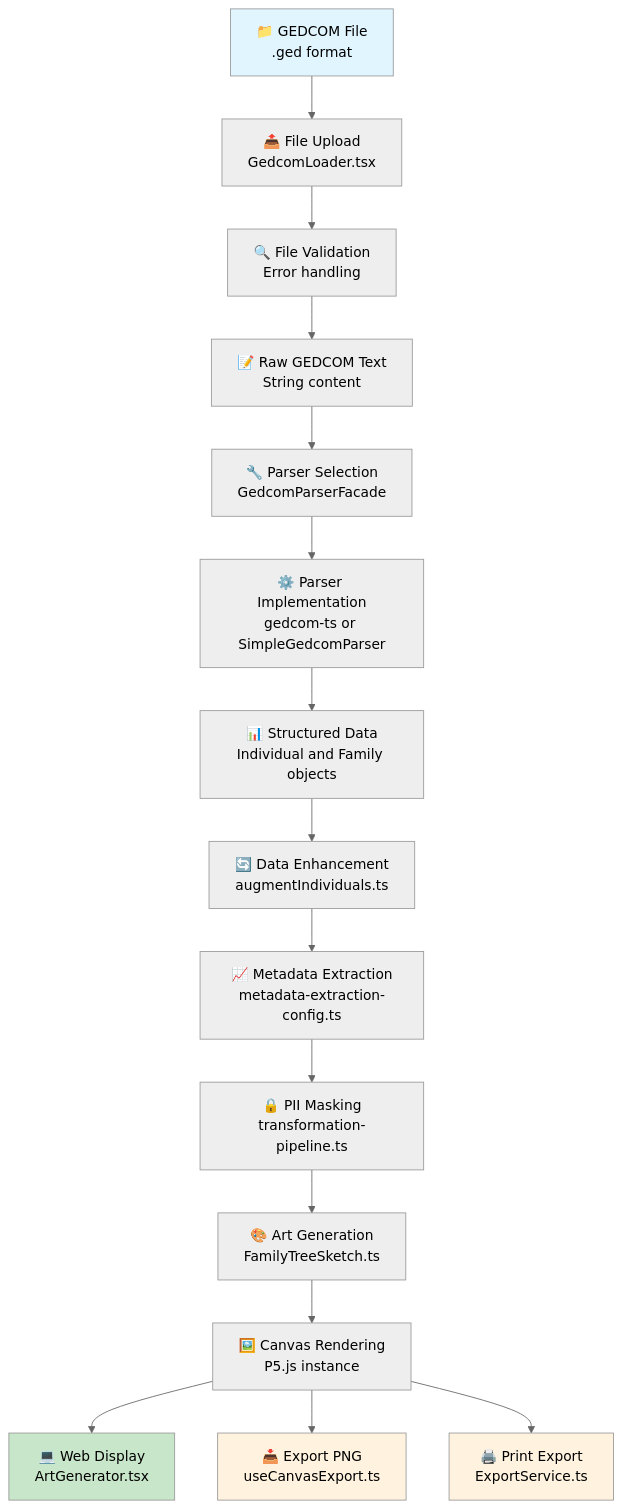
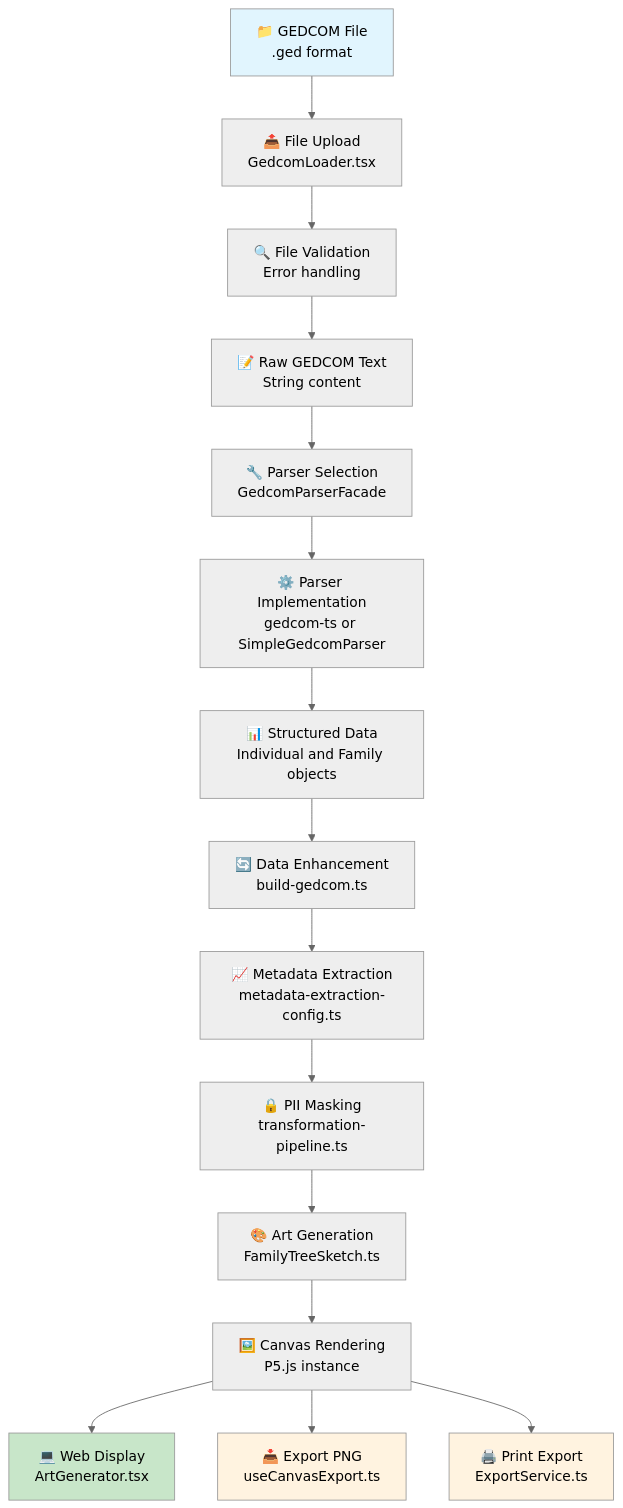
One commit to kevinmaes/generation-art changed the first of 3 diagrams in docs/data-flow-diagram.md. Above: the diagram before and after it, drawn with Mermaid (neutral theme). The commit also changed other lines of this file and 4 other files, not shown here.

Commit message:
Remove the old augmentIndividuals script

````diff
--- a/docs/data-flow-diagram.md
+++ b/docs/data-flow-diagram.md
@@ -9,22 +9,22 @@
 ```mermaid
 graph TD
     A["📁 GEDCOM File<br/>.ged format"] --> B["📤 File Upload<br/>GedcomLoader.tsx"]
     B --> C["🔍 File Validation<br/>Error handling"]
     C --> D["📝 Raw GEDCOM Text<br/>String content"]
     D --> E["🔧 Parser Selection<br/>GedcomParserFacade"]
     E --> F["⚙️ Parser Implementation<br/>gedcom-ts or SimpleGedcomParser"]
     F --> G["📊 Structured Data<br/>Individual and Family objects"]
-    G --> H["🔄 Data Enhancement<br/>augmentIndividuals.ts"]
+    G --> H["🔄 Data Enhancement<br/>build-gedcom.ts"]
     H --> I["📈 Metadata Extraction<br/>metadata-extraction-config.ts"]
     I --> J["🔒 PII Masking<br/>transformation-pipeline.ts"]
     J --> K["🎨 Art Generation<br/>FamilyTreeSketch.ts"]
     K --> L["🖼️ Canvas Rendering<br/>P5.js instance"]
     L --> M["💻 Web Display<br/>ArtGenerator.tsx"]
     L --> N["📥 Export PNG<br/>useCanvasExport.ts"]
     L --> O["🖨️ Print Export<br/>ExportService.ts"]
 
     style A fill:#e1f5fe
     style M fill:#c8e6c9
     style N fill:#fff3e0
     style O fill:#fff3e0
 ```
````
